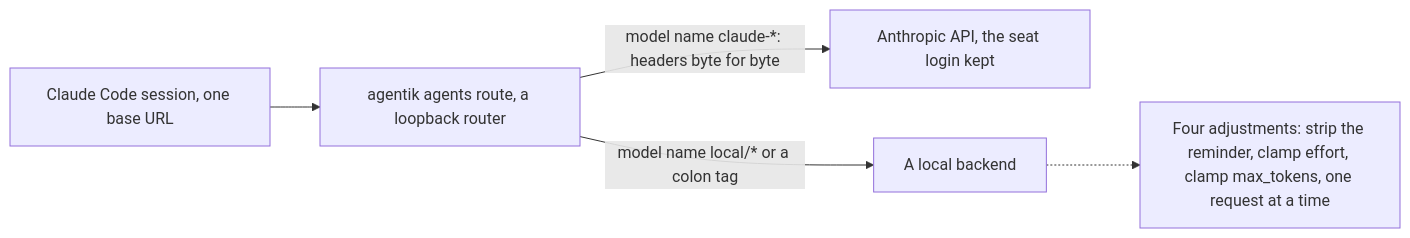
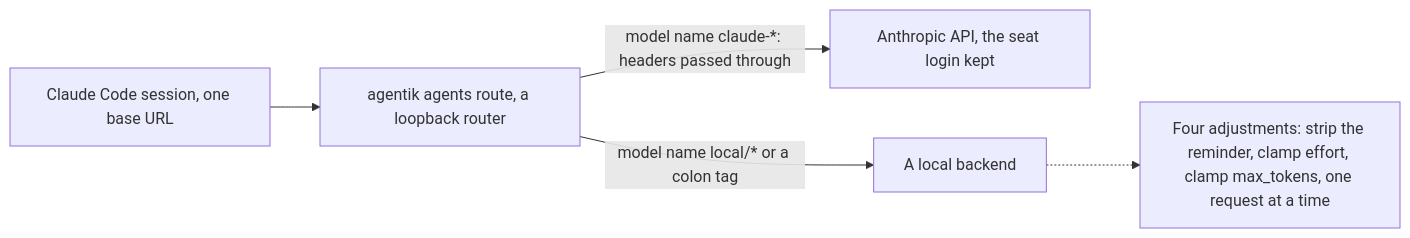
Before and after one commit to agentik-dev/agentik-research: the diagram in docs/tools/agents.md, drawn with Mermaid. The commit also changed other lines of this file, not shown here.

````diff
--- a/docs/tools/agents.md
+++ b/docs/tools/agents.md
@@ -31,7 +31,7 @@
 ```mermaid
 flowchart LR
   S["Claude Code session, one base URL"] --> R["agentik agents route, a loopback router"]
-  R -->|"model name claude-*: headers byte for byte"| A["Anthropic API, the seat login kept"]
+  R -->|"model name claude-*: headers passed through"| A["Anthropic API, the seat login kept"]
   R -->|"model name local/* or a colon tag"| L["A local backend"]
   L -.-> N["Four adjustments: strip the reminder, clamp effort, clamp max_tokens, one request at a time"]
 ```
````
